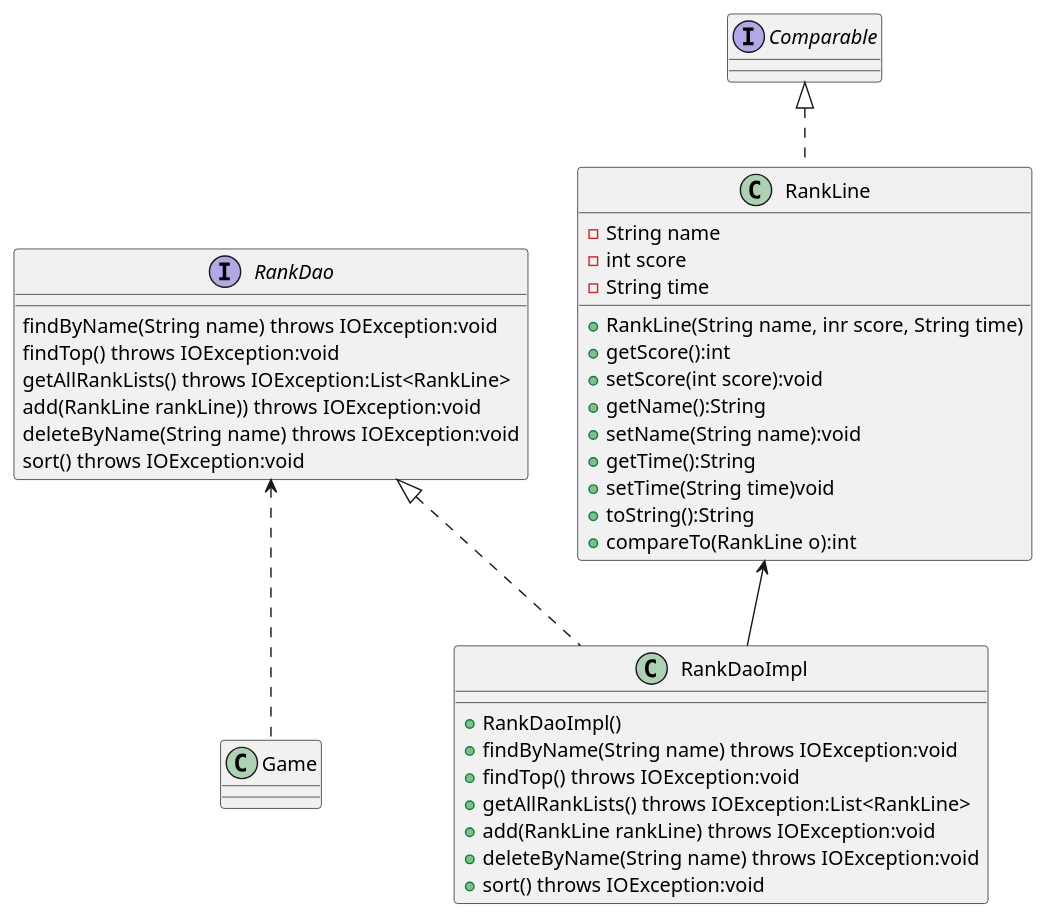
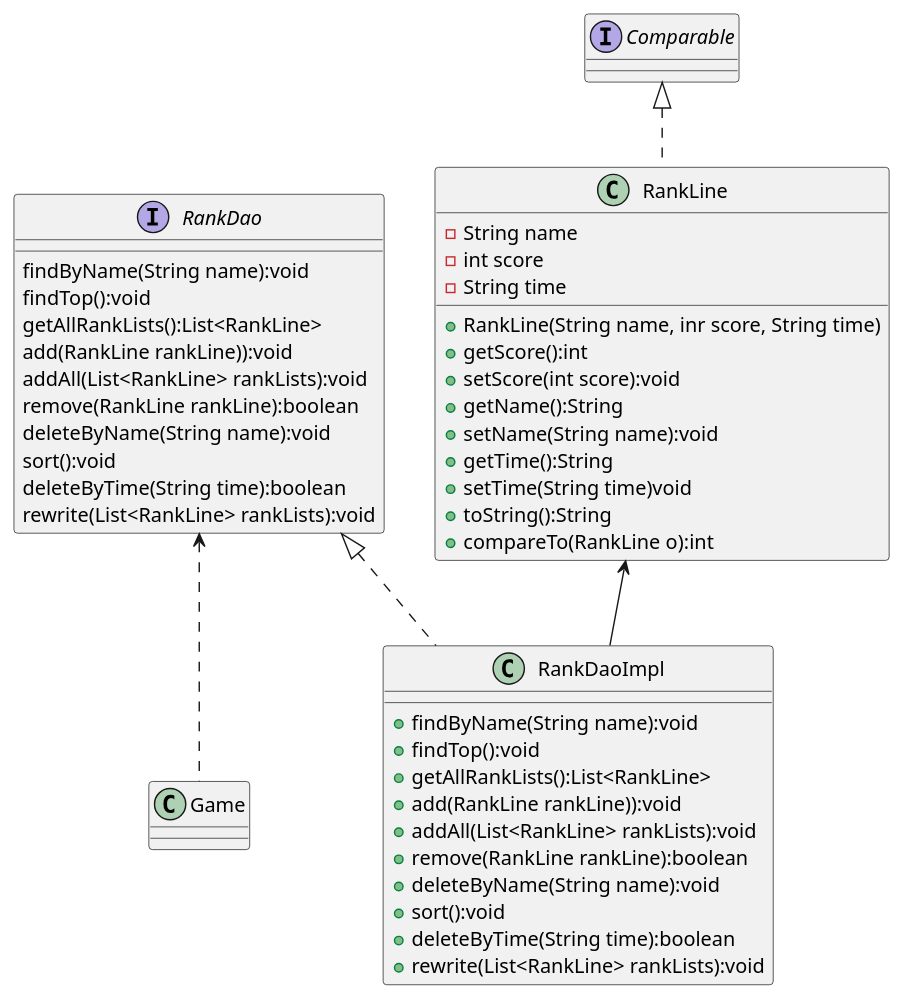
Before and after one commit to KKjimmie/AircraftWar: the diagram in uml/DAO.puml, drawn with PlantUML. The commit also changed 72 other files, not shown here.

```diff
--- a/uml/DAO.puml
+++ b/uml/DAO.puml
@@ -1,49 +1,56 @@
 @startuml
 'https://plantuml.com/sequence-diagram
 
 class Game
 interface Comparable
 
 interface RankDao
 {
-    findByName(String name) throws IOException:void
-    findTop() throws IOException:void
-    getAllRankLists() throws IOException:List<RankLine>
-    add(RankLine rankLine)) throws IOException:void
-    deleteByName(String name) throws IOException:void
-    sort() throws IOException:void
+    findByName(String name):void
+    findTop():void
+    getAllRankLists():List<RankLine>
+    add(RankLine rankLine)):void
+    addAll(List<RankLine> rankLists):void
+    remove(RankLine rankLine):boolean
+    deleteByName(String name):void
+    sort():void
+    deleteByTime(String time):boolean
+    rewrite(List<RankLine> rankLists):void
 }
 
 class RankDaoImpl
 {
-    + RankDaoImpl()
-    + findByName(String name) throws IOException:void
-    + findTop() throws IOException:void
-    + getAllRankLists() throws IOException:List<RankLine>
-    + add(RankLine rankLine) throws IOException:void
-    + deleteByName(String name) throws IOException:void
-    + sort() throws IOException:void
+    + findByName(String name):void
+    + findTop():void
+    + getAllRankLists():List<RankLine>
+    + add(RankLine rankLine)):void
+    + addAll(List<RankLine> rankLists):void
+    + remove(RankLine rankLine):boolean
+    + deleteByName(String name):void
+    + sort():void
+    + deleteByTime(String time):boolean
+    + rewrite(List<RankLine> rankLists):void
 }
 
 class RankLine
 {
     - String name
     - int score
     - String time
     + RankLine(String name, inr score, String time)
     + getScore():int
     + setScore(int score):void
     + getName():String
     + setName(String name):void
     + getTime():String
     + setTime(String time)void
     + toString():String
     + compareTo(RankLine o):int
 }
 
 RankDao <|.. RankDaoImpl
 RankLine <-- RankDaoImpl
 RankDao <.. Game
 Comparable <|.. RankLine
 
 @enduml
```
